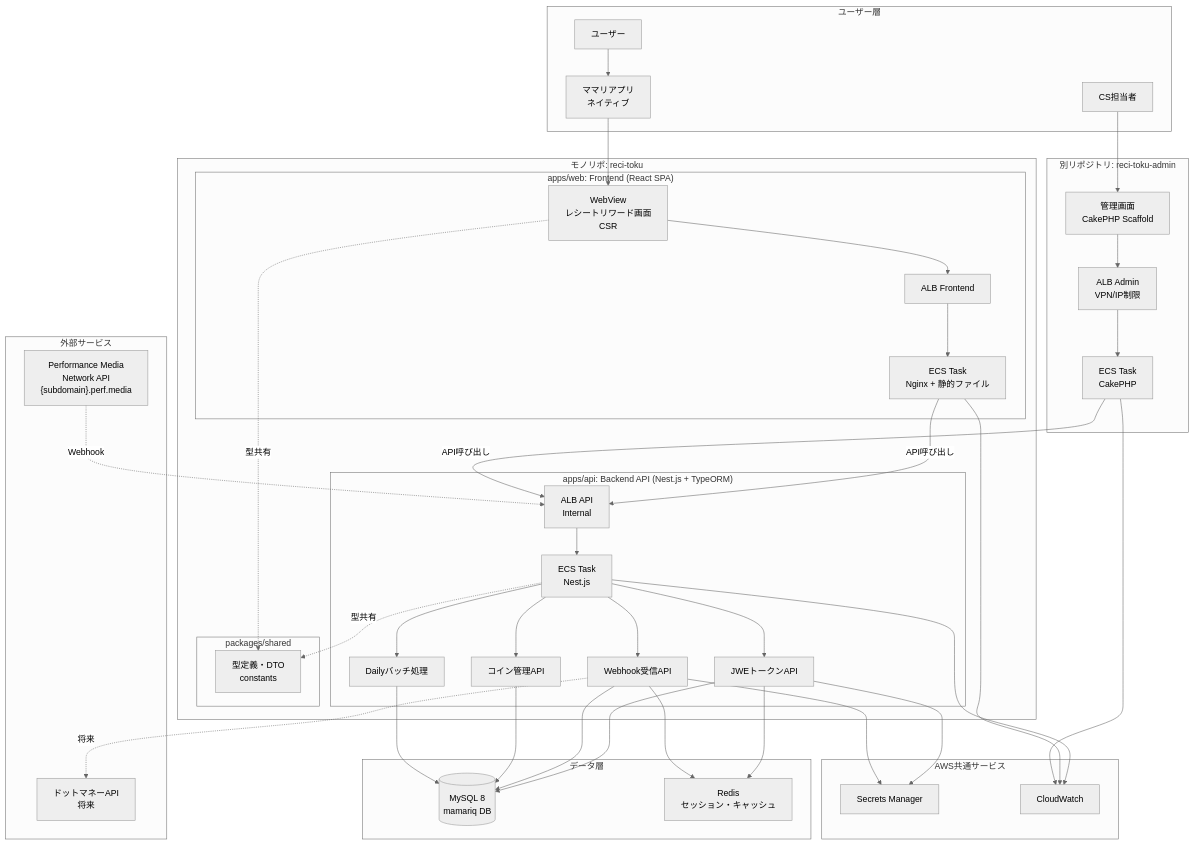
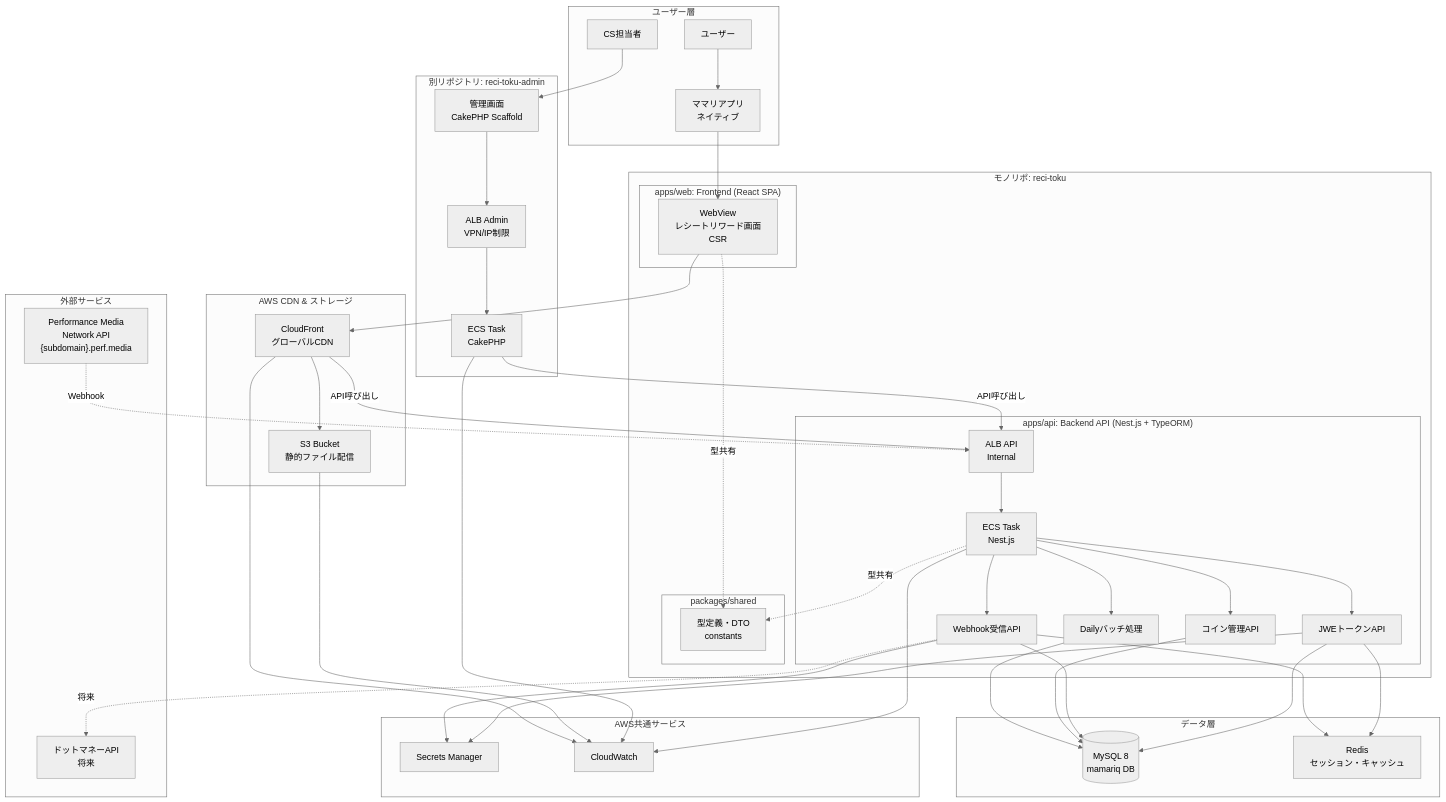
One commit to Connehito/reci-toku changed the diagram in ARCHITECTURE.md. Above: the diagram before and after it, drawn with Mermaid (neutral theme). The commit also changed other lines of this file and 2 other files, not shown here.

First line of the commit message:
refactor: Frontend配信をCloudFront + S3構成に変更

````diff
--- a/ARCHITECTURE.md
+++ b/ARCHITECTURE.md
@@ -57,8 +57,6 @@
     subgraph "モノリポ: reci-toku"
         subgraph "apps/web: Frontend (React SPA)"
             WebView[WebView<br/>レシートリワード画面<br/>CSR]
-            ALB_Front[ALB Frontend]
-            ECS_Front[ECS Task<br/>Nginx + 静的ファイル]
         end
 
         subgraph "apps/api: Backend API (Nest.js + TypeORM)"
@@ -81,6 +79,11 @@
         ECS_Admin[ECS Task<br/>CakePHP]
     end
 
+    subgraph "AWS CDN & ストレージ"
+        CloudFront[CloudFront<br/>グローバルCDN]
+        S3[S3 Bucket<br/>静的ファイル配信]
+    end
+
     subgraph "データ層"
         RDS[(MySQL 8<br/>mamariq DB)]
         Cache[Redis<br/>セッション・キャッシュ]
@@ -98,14 +101,14 @@
 
     User --> App
     App --> WebView
-    WebView --> ALB_Front
-    ALB_Front --> ECS_Front
+    WebView --> CloudFront
+    CloudFront --> S3
 
     CS --> AdminUI
     AdminUI --> ALB_Admin
     ALB_Admin --> ECS_Admin
 
-    ECS_Front -->|API呼び出し| ALB_API
+    CloudFront -->|API呼び出し| ALB_API
     ECS_Admin -->|API呼び出し| ALB_API
 
     ALB_API --> ECS_API
@@ -132,6 +135,7 @@
     WebhookAPI -.将来.-> DotMoney
 
     ECS_API --> CloudWatch
-    ECS_Front --> CloudWatch
     ECS_Admin --> CloudWatch
+    S3 --> CloudWatch
+    CloudFront --> CloudWatch
 ```
````
